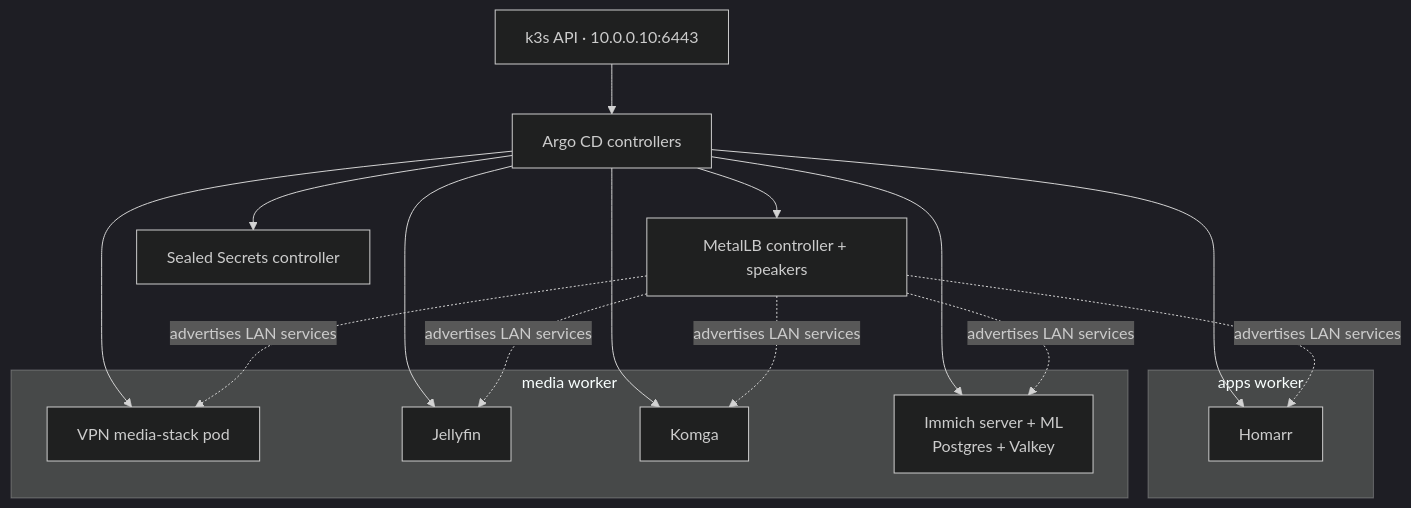
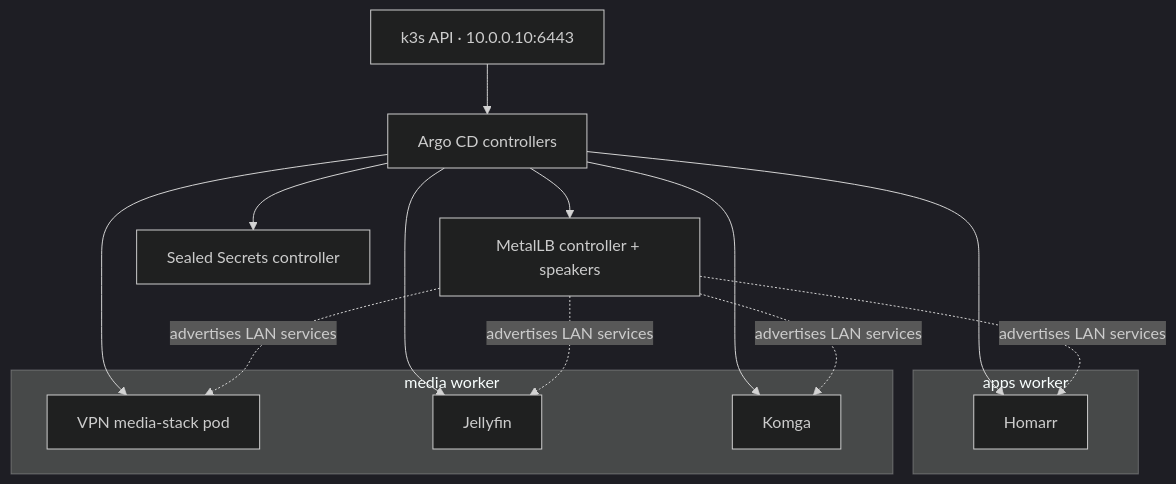
The second of 4 diagrams in docs/architecture.md (chevlpcmp-lab/HomeFalloutServer), drawn with Mermaid (dark theme) before and after one commit. The commit also changed other lines of this file and 24 other files, not shown here.

````diff
--- a/docs/architecture.md
+++ b/docs/architecture.md
@@ -75,32 +75,29 @@
 ```mermaid
 flowchart TB
     API["k3s API · 10.0.0.10:6443"]
     Argo["Argo CD controllers"]
     Metal["MetalLB controller + speakers"]
     Seal["Sealed Secrets controller"]
 
     subgraph AppsNode["apps worker"]
         Homarr["Homarr"]
     end
 
     subgraph MediaNode["media worker"]
         MediaPod["VPN media-stack pod"]
         Jellyfin["Jellyfin"]
         Komga["Komga"]
-        Immich["Immich server + ML<br/>Postgres + Valkey"]
     end
 
     API --> Argo
     Argo --> Metal
     Argo --> Seal
     Argo --> Homarr
     Argo --> MediaPod
     Argo --> Jellyfin
     Argo --> Komga
-    Argo --> Immich
     Metal -.->|advertises LAN services| Homarr
     Metal -.->|advertises LAN services| MediaPod
     Metal -.->|advertises LAN services| Jellyfin
     Metal -.->|advertises LAN services| Komga
-    Metal -.->|advertises LAN services| Immich
 ```
````
